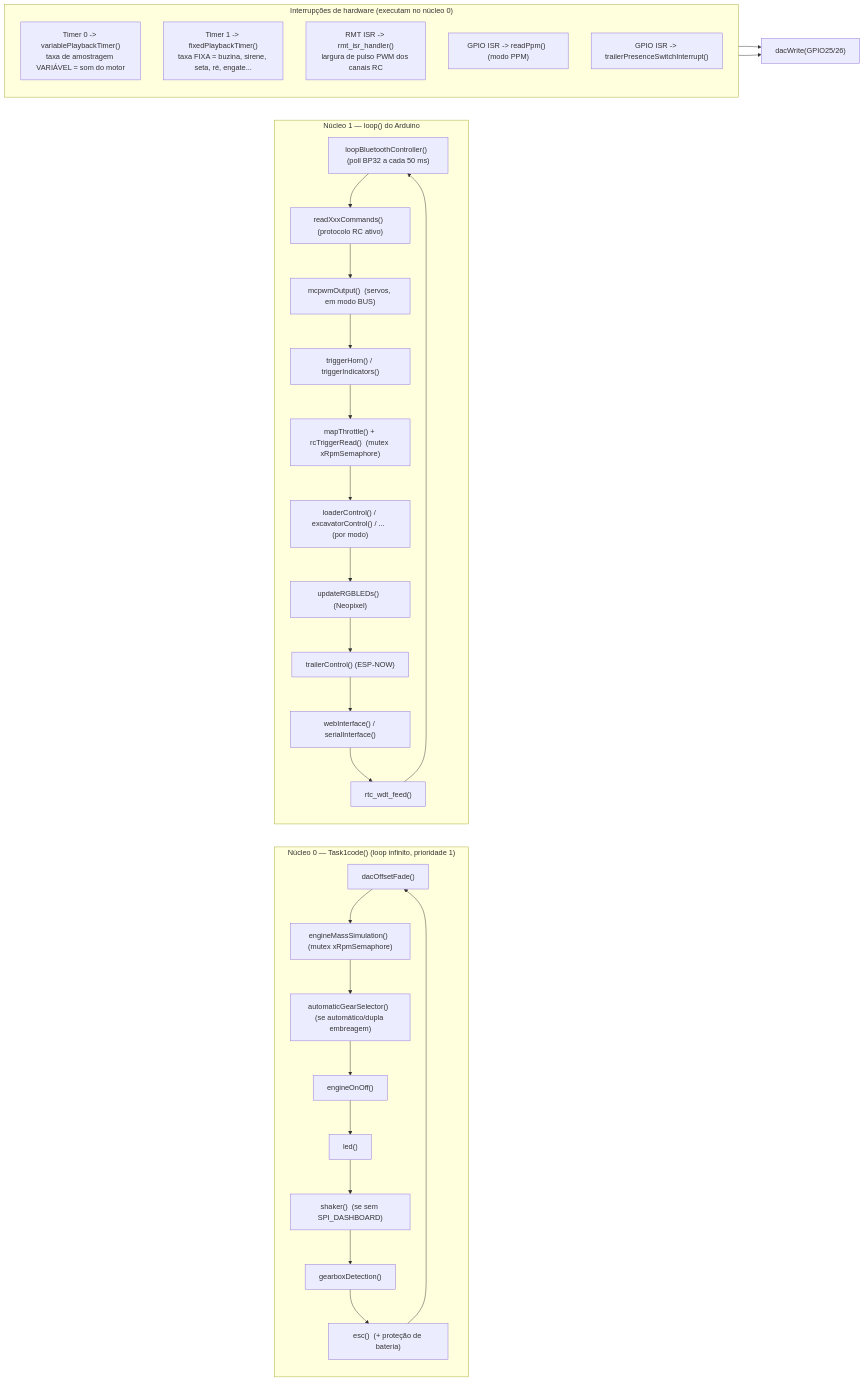
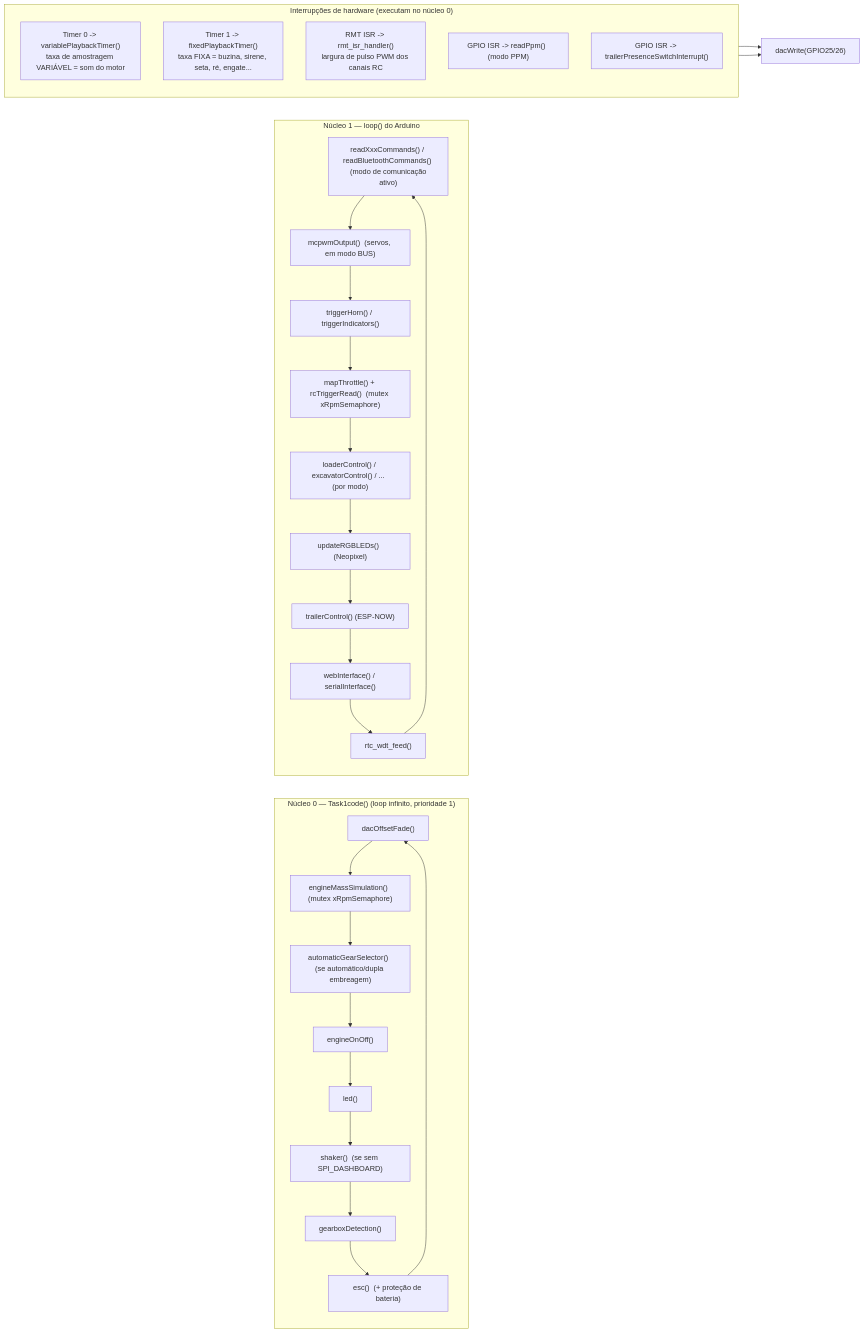
One commit to carlosmaestro/Rc_Engine_Sound_ESP32 changed the second of 3 diagrams in docs/02-arquitetura.md. Above: the diagram before and after it, drawn with Mermaid. The commit also changed other lines of this file and 8 other files, not shown here.

````diff
--- a/docs/02-arquitetura.md
+++ b/docs/02-arquitetura.md
@@ -54,42 +56,41 @@
 ```mermaid
 flowchart LR
     subgraph CORE0["Núcleo 0 — Task1code() (loop infinito, prioridade 1)"]
         direction TB
         A0["dacOffsetFade()"]
         A1["engineMassSimulation()  (mutex xRpmSemaphore)"]
         A2["automaticGearSelector()  (se automático/dupla embreagem)"]
         A3["engineOnOff()"]
         A4["led()"]
         A5["shaker()  (se sem SPI_DASHBOARD)"]
         A6["gearboxDetection()"]
         A7["esc()  (+ proteção de bateria)"]
         A0-->A1-->A2-->A3-->A4-->A5-->A6-->A7-->A0
     end
 
     subgraph CORE1["Núcleo 1 — loop() do Arduino"]
         direction TB
-        B0["loopBluetoothController()  (poll BP32 a cada 50 ms)"]
-        B1["readXxxCommands()  (protocolo RC ativo)"]
+        B1["readXxxCommands() / readBluetoothCommands()  (modo de comunicação ativo)"]
         B2["mcpwmOutput()  (servos, em modo BUS)"]
         B3["triggerHorn() / triggerIndicators()"]
         B4["mapThrottle() + rcTriggerRead()  (mutex xRpmSemaphore)"]
         B5["loaderControl() / excavatorControl() / ...  (por modo)"]
         B6["updateRGBLEDs()  (Neopixel)"]
         B7["trailerControl()  (ESP-NOW)"]
         B8["webInterface() / serialInterface()"]
         B9["rtc_wdt_feed()"]
-        B0-->B1-->B2-->B3-->B4-->B5-->B6-->B7-->B8-->B9-->B0
+        B1-->B2-->B3-->B4-->B5-->B6-->B7-->B8-->B9-->B1
     end
 
     subgraph ISR["Interrupções de hardware (executam no núcleo 0)"]
         direction TB
         T0["Timer 0 -> variablePlaybackTimer()\ntaxa de amostragem VARIÁVEL = som do motor"]
         T1["Timer 1 -> fixedPlaybackTimer()\ntaxa FIXA = buzina, sirene, seta, ré, engate..."]
         RMT["RMT ISR -> rmt_isr_handler()\nlargura de pulso PWM dos canais RC"]
         PPM["GPIO ISR -> readPpm()  (modo PPM)"]
         COUP["GPIO ISR -> trailerPresenceSwitchInterrupt()"]
     end
 
     T0 --> DACOUT["dacWrite(GPIO25/26)"]
     T1 --> DACOUT
 ```
````
